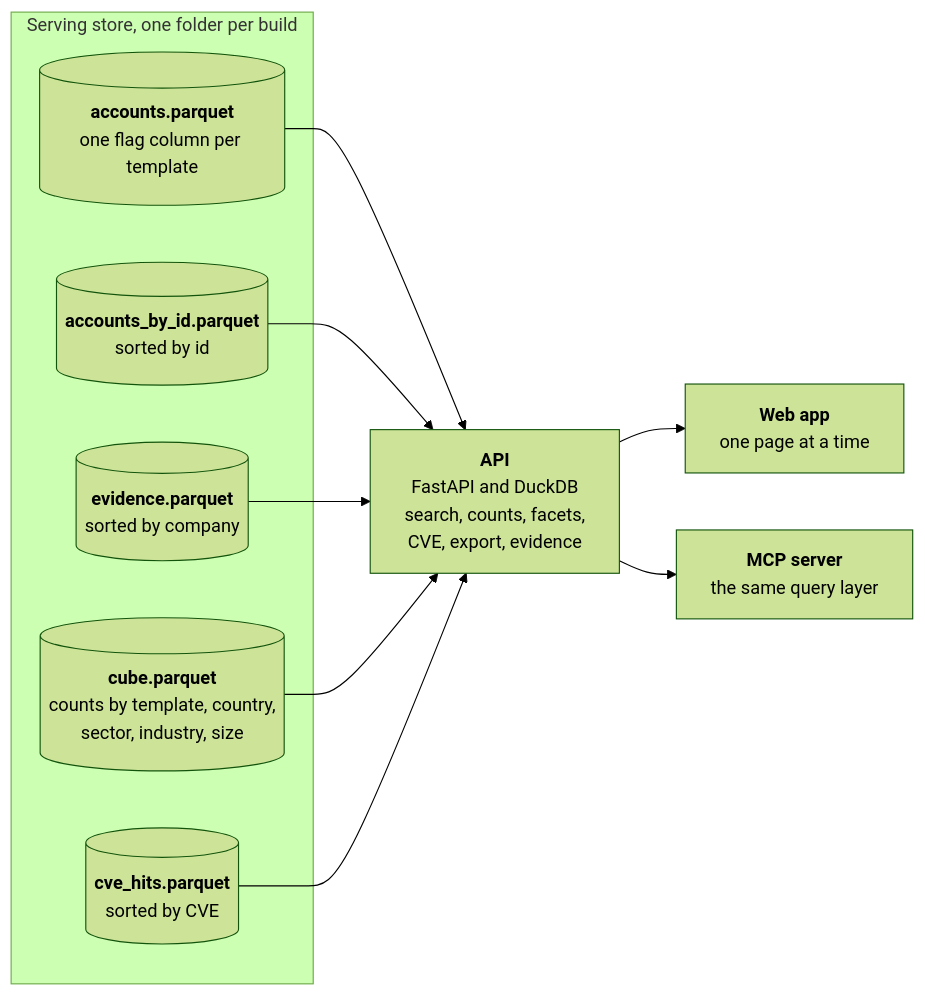
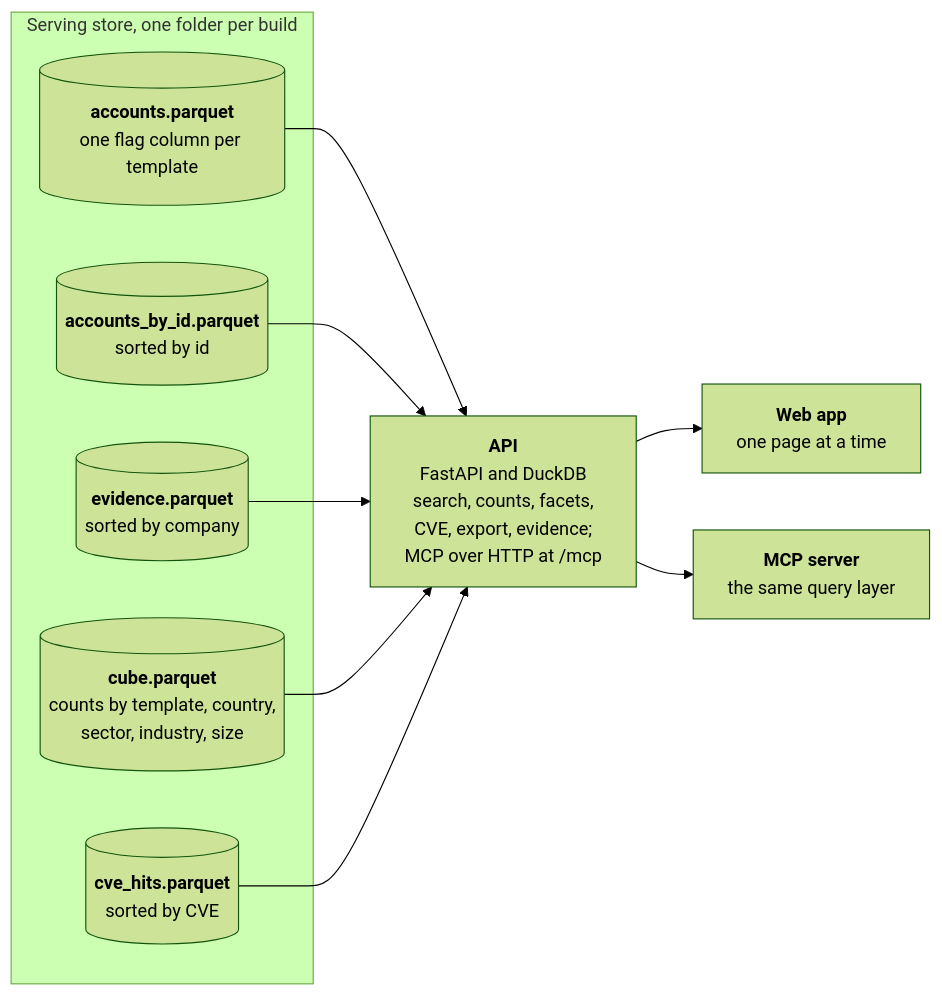
Before and after one commit to SahilChoudhary22/recon-sales-intelligence: the sixth of 6 diagrams in docs/architecture.md, drawn with Mermaid (forest theme). The commit also changed other lines of this file, not shown here.

Commit message:
Architecture: the MCP endpoint at /mcp

````diff
--- a/docs/architecture.md
+++ b/docs/architecture.md
@@ -157,18 +157,18 @@
 ```mermaid
 flowchart LR
   subgraph store["Serving store, one folder per build"]
     acc[("<b>accounts.parquet</b><br/>one flag column per template")]
     byid[("<b>accounts_by_id.parquet</b><br/>sorted by id")]
     ev[("<b>evidence.parquet</b><br/>sorted by company")]
     cube[("<b>cube.parquet</b><br/>counts by template, country,<br/>sector, industry, size")]
     hits[("<b>cve_hits.parquet</b><br/>sorted by CVE")]
   end
-  api["<b>API</b><br/>FastAPI and DuckDB<br/>search, counts, facets,<br/>CVE, export, evidence"]
+  api["<b>API</b><br/>FastAPI and DuckDB<br/>search, counts, facets,<br/>CVE, export, evidence;<br/>MCP over HTTP at /mcp"]
   acc --> api
   byid --> api
   ev --> api
   cube --> api
   hits --> api
   api --> app["<b>Web app</b><br/>one page at a time"]
   api --> mcp["<b>MCP server</b><br/>the same query layer"]
 ```
````
